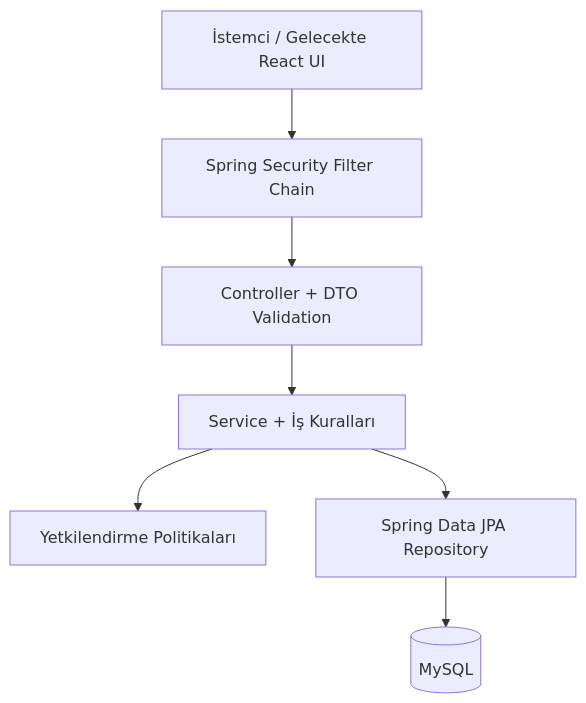
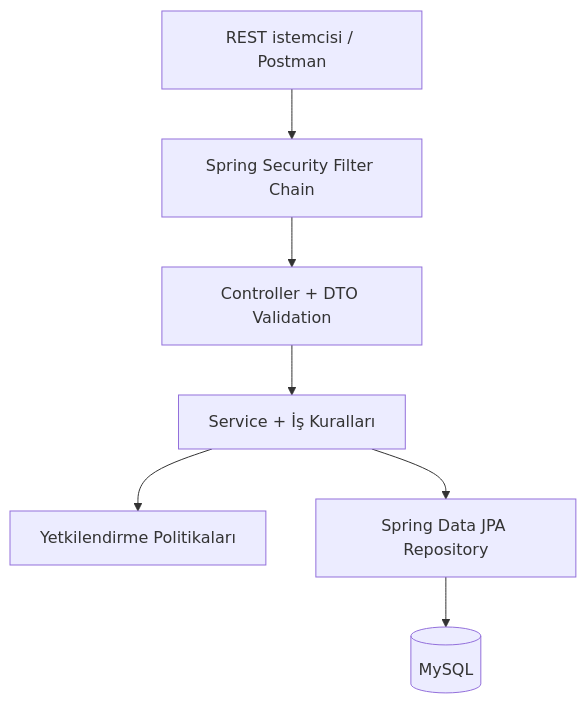
The first of 6 diagrams in README.md (onurerkoc-dev/payguard), drawn with Mermaid before and after one commit. The commit also changed other lines of this file, not shown here.

````diff
--- a/README.md
+++ b/README.md
@@ -66,9 +70,9 @@
 ```mermaid
 flowchart TD
-    Client["İstemci / Gelecekte React UI"] --> Security["Spring Security Filter Chain"]
+    Client["REST istemcisi / Postman"] --> Security["Spring Security Filter Chain"]
     Security --> Controller["Controller + DTO Validation"]
     Controller --> Service["Service + İş Kuralları"]
     Service --> Policy["Yetkilendirme Politikaları"]
     Service --> Repository["Spring Data JPA Repository"]
     Repository --> Database[("MySQL")]
 ```
````
